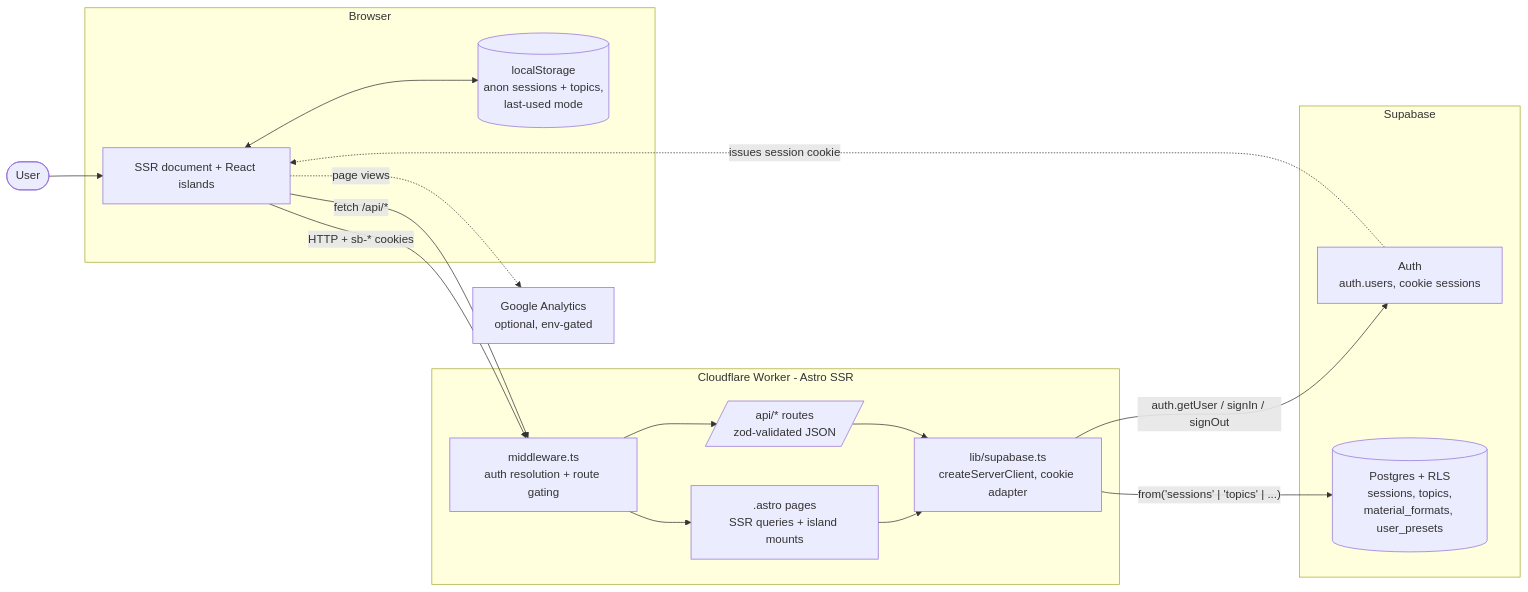
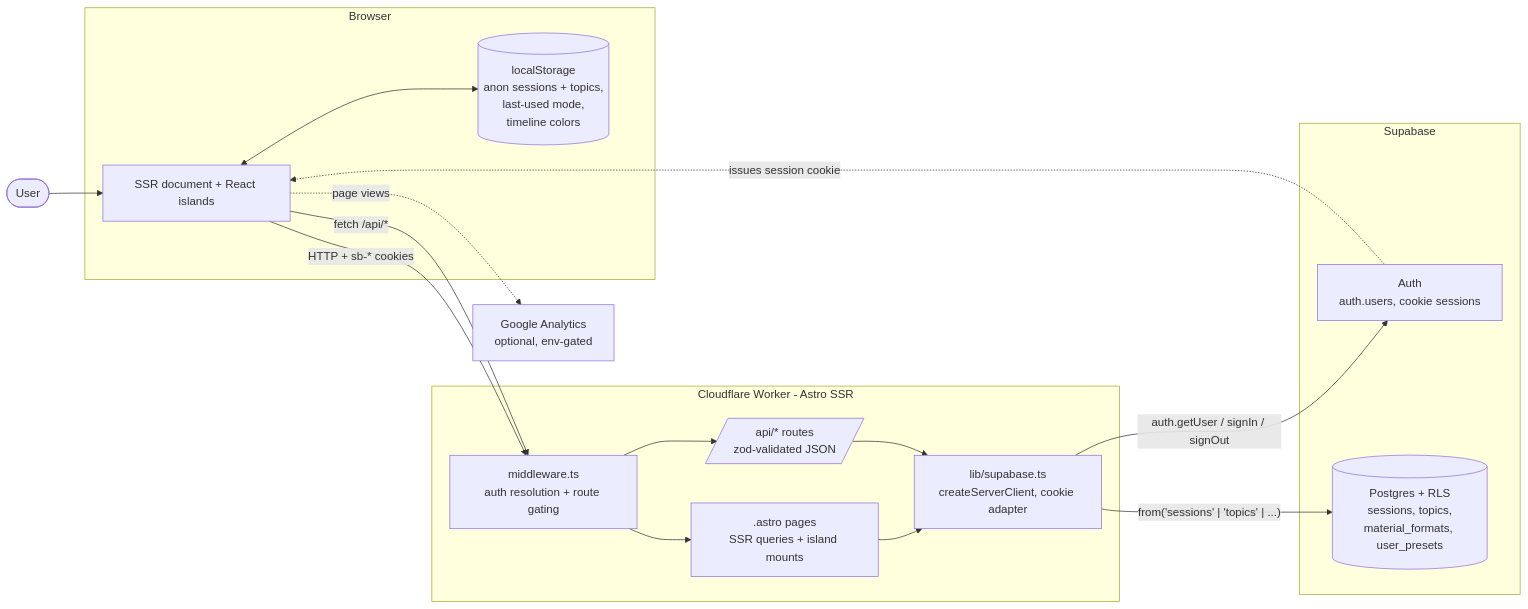
The first of 11 diagrams in context/foundation/arch.md (plpabla/pomosapiens), drawn with Mermaid before and after one commit. The commit also changed other lines of this file and 5 other files, not shown here.

````diff
--- a/context/foundation/arch.md
+++ b/context/foundation/arch.md
@@ -26,36 +26,36 @@
 ```mermaid
 flowchart LR
     U([User])
 
     subgraph Client[Browser]
         DOC[SSR document + React islands]
-        LS[(localStorage<br/>anon sessions + topics,<br/>last-used mode)]
+        LS[(localStorage<br/>anon sessions + topics,<br/>last-used mode,<br/>timeline colors)]
         DOC <--> LS
     end
 
     subgraph CFW[Cloudflare Worker - Astro SSR]
         MW[middleware.ts<br/>auth resolution + route gating]
         PAGES[.astro pages<br/>SSR queries + island mounts]
         API[/api/* routes<br/>zod-validated JSON/]
         SBC[lib/supabase.ts<br/>createServerClient, cookie adapter]
         MW --> PAGES
         MW --> API
         PAGES --> SBC
         API --> SBC
     end
 
     subgraph SB[Supabase]
         AUTH[Auth<br/>auth.users, cookie sessions]
         PG[(Postgres + RLS<br/>sessions, topics,<br/>material_formats, user_presets)]
     end
 
     GA[Google Analytics<br/>optional, env-gated]
 
     U --> DOC
     DOC -- HTTP + sb-* cookies --> MW
     DOC -- fetch /api/* --> MW
     SBC -- "auth.getUser / signIn / signOut" --> AUTH
     SBC -- "from('sessions' | 'topics' | ...)" --> PG
     AUTH -. issues session cookie .-> DOC
     DOC -. page views .-> GA
 ```
````
